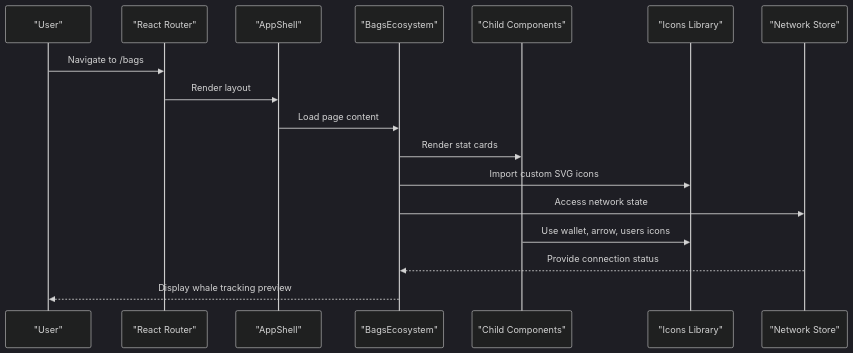
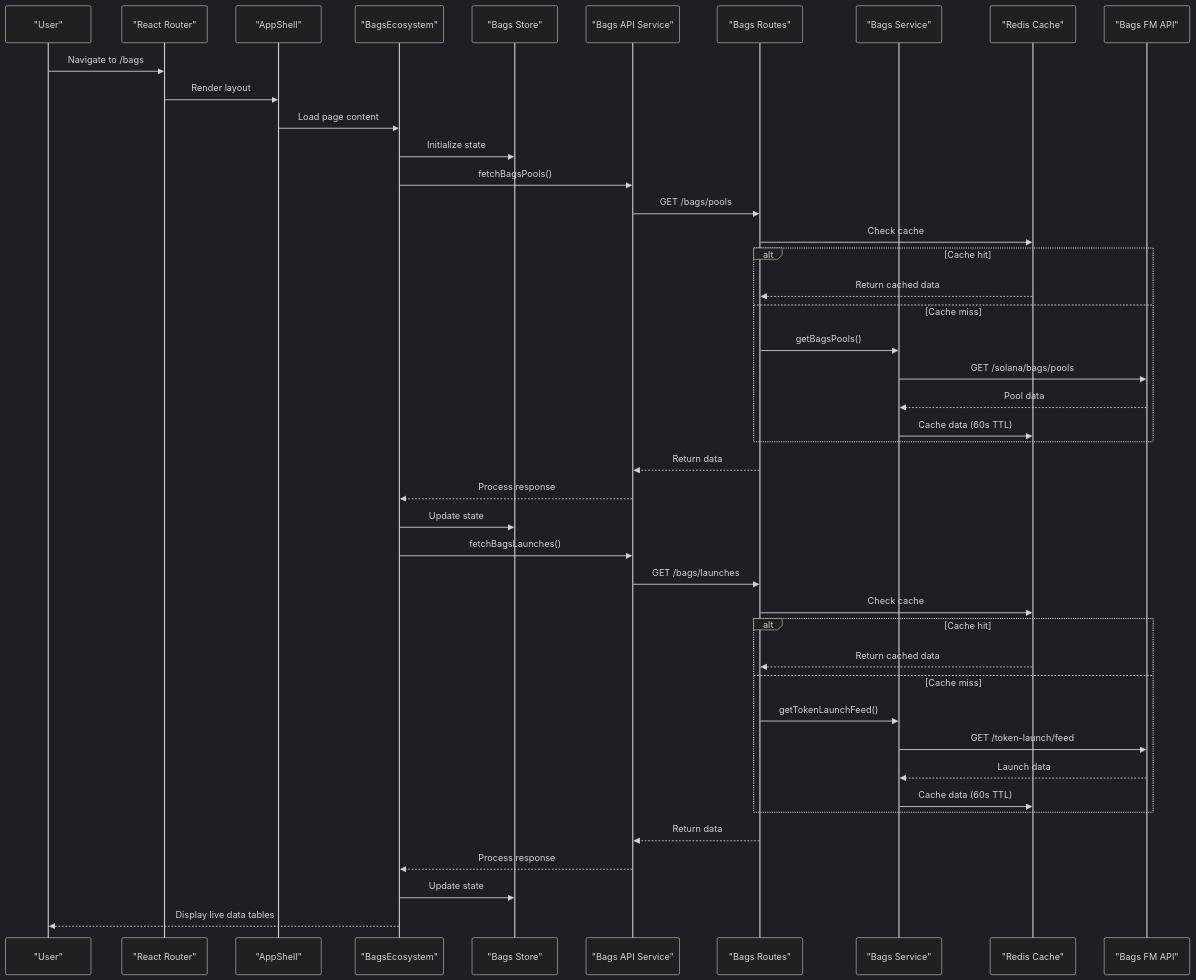
Before and after one commit to RunTimeAdmin/InfraWatch: the second of 3 diagrams in .qoder/repowiki/en/content/Features & Functionality/Bags Ecosystem Page.md, drawn with Mermaid (dark theme). The commit also changed other lines of this file and 12 other files, not shown here.

````diff
--- a/.qoder/repowiki/en/content/Features & Functionality/Bags Ecosystem Page.md
+++ b/.qoder/repowiki/en/content/Features & Functionality/Bags Ecosystem Page.md
@@ -109,19 +138,46 @@
 ```mermaid
 sequenceDiagram
 participant User as "User"
 participant Router as "React Router"
 participant AppShell as "AppShell"
 participant BagsPage as "BagsEcosystem"
-participant Components as "Child Components"
-participant Icons as "Icons Library"
-participant Store as "Network Store"
+participant Store as "Bags Store"
+participant ApiService as "Bags API Service"
+participant BackendRoutes as "Bags Routes"
+participant BagsService as "Bags Service"
+participant Redis as "Redis Cache"
+participant ExternalAPI as "Bags FM API"
 User->>Router : Navigate to /bags
 Router->>AppShell : Render layout
 AppShell->>BagsPage : Load page content
-BagsPage->>Components : Render stat cards
-BagsPage->>Icons : Import custom SVG icons
-BagsPage->>Store : Access network state
-Components->>Icons : Use wallet, arrow, users icons
-Store-->>BagsPage : Provide connection status
-BagsPage-->>User : Display whale tracking preview
+BagsPage->>Store : Initialize state
+BagsPage->>ApiService : fetchBagsPools()
+ApiService->>BackendRoutes : GET /bags/pools
+BackendRoutes->>Redis : Check cache
+alt Cache hit
+Redis-->>BackendRoutes : Return cached data
+else Cache miss
+BackendRoutes->>BagsService : getBagsPools()
+BagsService->>ExternalAPI : GET /solana/bags/pools
+ExternalAPI-->>BagsService : Pool data
+BagsService->>Redis : Cache data (60s TTL)
+end
+BackendRoutes-->>ApiService : Return data
+ApiService-->>BagsPage : Process response
+BagsPage->>Store : Update state
+BagsPage->>ApiService : fetchBagsLaunches()
+ApiService->>BackendRoutes : GET /bags/launches
+BackendRoutes->>Redis : Check cache
+alt Cache hit
+Redis-->>BackendRoutes : Return cached data
+else Cache miss
+BackendRoutes->>BagsService : getTokenLaunchFeed()
+BagsService->>ExternalAPI : GET /token-launch/feed
+ExternalAPI-->>BagsService : Launch data
+BagsService->>Redis : Cache data (60s TTL)
+end
+BackendRoutes-->>ApiService : Return data
+ApiService-->>BagsPage : Process response
+BagsPage->>Store : Update state
+BagsPage-->>User : Display live data tables
 ```
````
